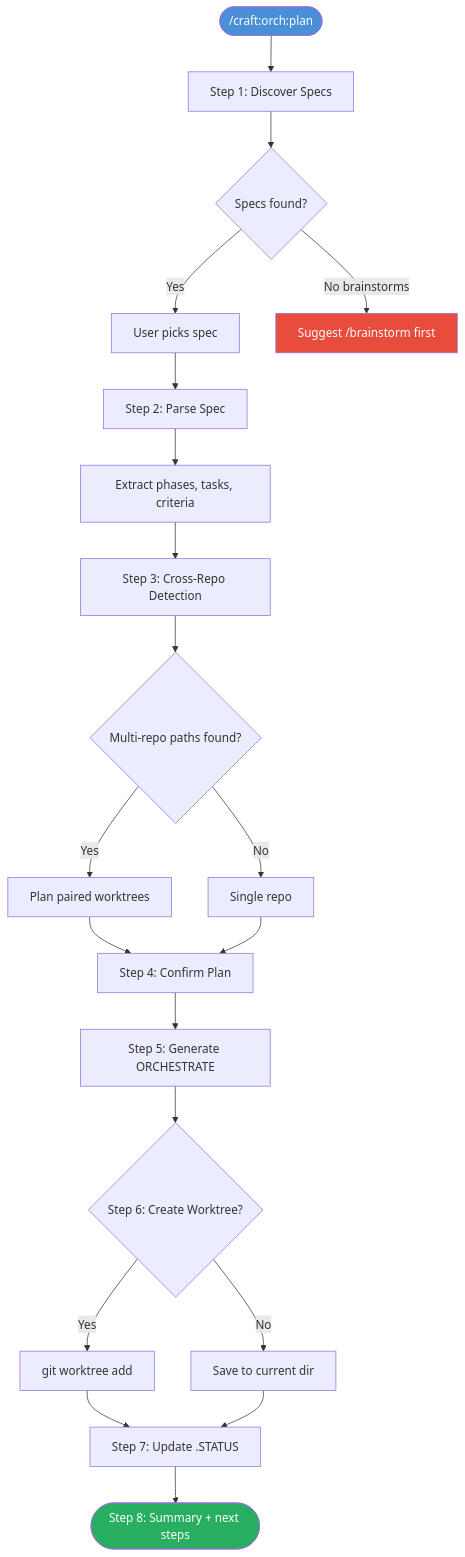
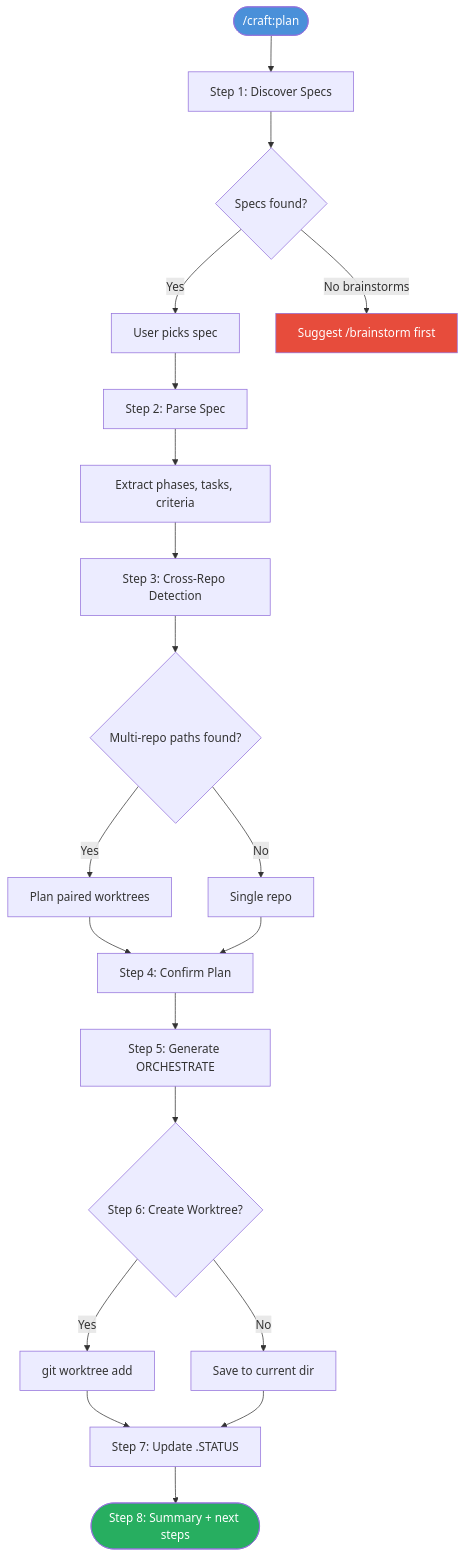
Before and after one commit to Data-Wise/craft: the first of 2 diagrams in docs/guide/pipeline-orchestrate-guide.md, drawn with Mermaid. The commit also changed other lines of this file and 71 other files, not shown here.

First line of the commit message:
fix(v4): T3.5.2 batch 1/2 — kill plan:sprint/roadmap, orch:plan, code:coverage, teaching-residue utils; demote discovery-usage

````diff
--- a/docs/guide/pipeline-orchestrate-guide.md
+++ b/docs/guide/pipeline-orchestrate-guide.md
@@ -84,31 +85,31 @@
 ```mermaid
 flowchart TD
-    Start(["/craft:orch:plan"]) --> D[Step 1: Discover Specs]
+    Start(["/craft:plan"]) --> D[Step 1: Discover Specs]
     D --> D1{Specs found?}
     D1 -->|Yes| Choose[User picks spec]
     D1 -->|No brainstorms| Err[Suggest /brainstorm first]
 
     Choose --> Parse[Step 2: Parse Spec]
     Parse --> P1[Extract phases, tasks, criteria]
 
     P1 --> Cross[Step 3: Cross-Repo Detection]
     Cross --> C1{Multi-repo paths found?}
     C1 -->|Yes| Paired[Plan paired worktrees]
     C1 -->|No| Single[Single repo]
 
     Paired --> Confirm[Step 4: Confirm Plan]
     Single --> Confirm
 
     Confirm --> Gen[Step 5: Generate ORCHESTRATE]
     Gen --> WT{Step 6: Create Worktree?}
     WT -->|Yes| Create[git worktree add]
     WT -->|No| Skip[Save to current dir]
 
     Create --> Track[Step 7: Update .STATUS]
     Skip --> Track
     Track --> Done([Step 8: Summary + next steps])
 
     style Start fill:#4A90D9,color:#fff
     style Done fill:#27AE60,color:#fff
     style Err fill:#E74C3C,color:#fff
 ```
````
